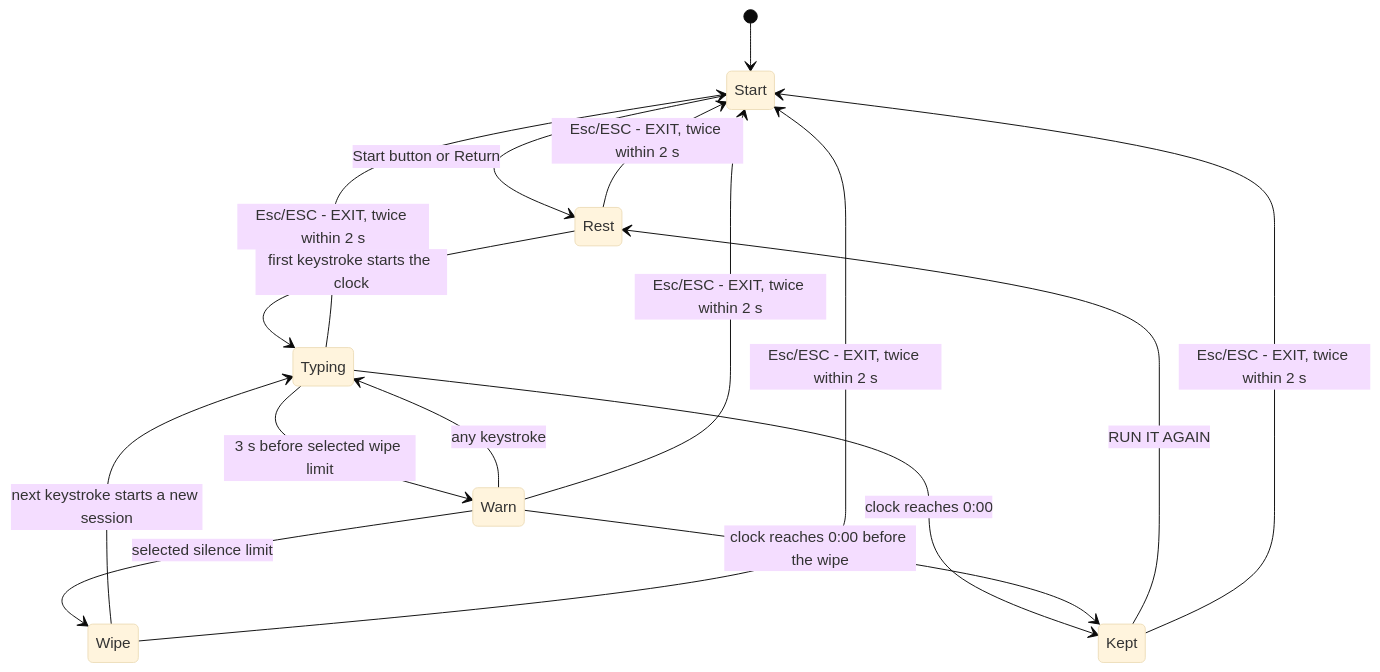
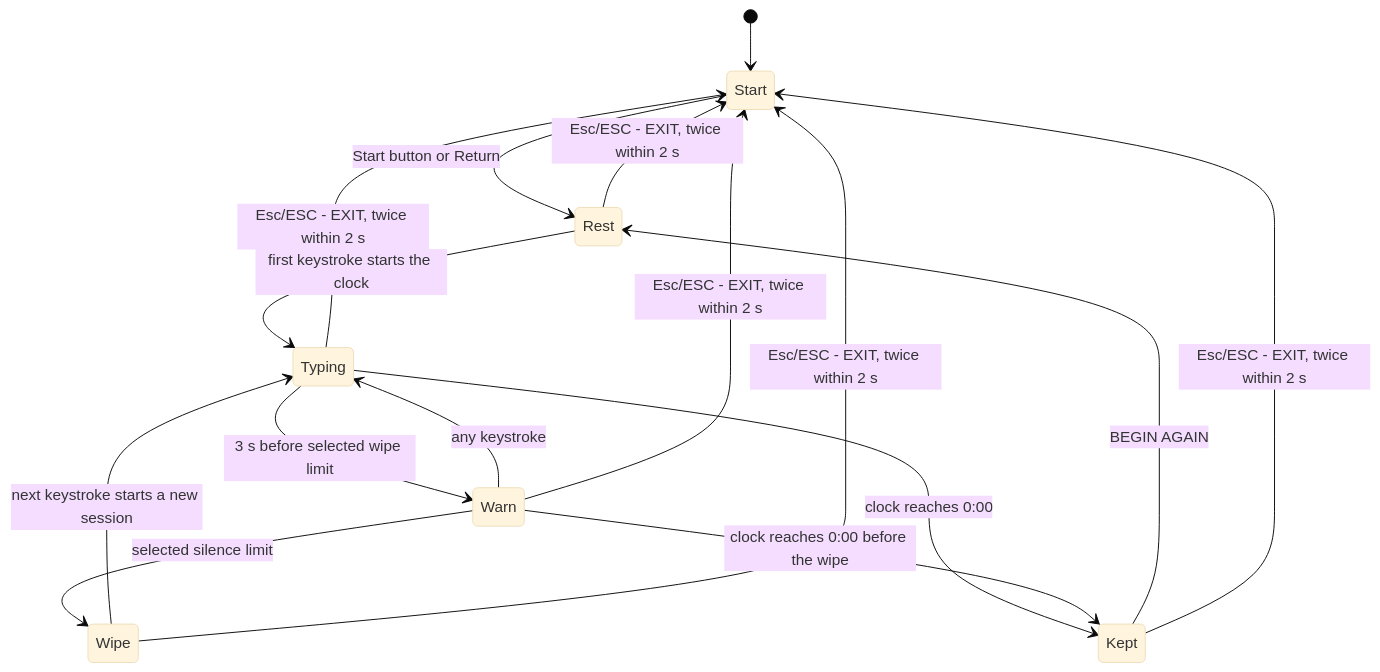
Before and after one commit to ichts/zerodraft: the first of 2 diagrams in apps/macos/FirstLine/docs/WRITEITDOWN_PLAN.md, drawn with Mermaid (base theme). The commit also changed other lines of this file, not shown here.

````diff
--- a/apps/macos/FirstLine/docs/WRITEITDOWN_PLAN.md
+++ b/apps/macos/FirstLine/docs/WRITEITDOWN_PLAN.md
@@ -87,18 +87,18 @@
 ```mermaid
 stateDiagram-v2
     [*] --> Start
     Start --> Rest: Start button or Return
     Rest --> Typing: first keystroke starts the clock
     Typing --> Warn: 3 s before selected wipe limit
     Warn --> Typing: any keystroke
     Warn --> Wipe: selected silence limit
     Wipe --> Typing: next keystroke starts a new session
     Typing --> Kept: clock reaches 0:00
     Warn --> Kept: clock reaches 0:00 before the wipe
-    Kept --> Rest: RUN IT AGAIN
+    Kept --> Rest: BEGIN AGAIN
     Rest --> Start: Esc/ESC - EXIT, twice within 2 s
     Typing --> Start: Esc/ESC - EXIT, twice within 2 s
     Warn --> Start: Esc/ESC - EXIT, twice within 2 s
     Wipe --> Start: Esc/ESC - EXIT, twice within 2 s
     Kept --> Start: Esc/ESC - EXIT, twice within 2 s
 ```
````
